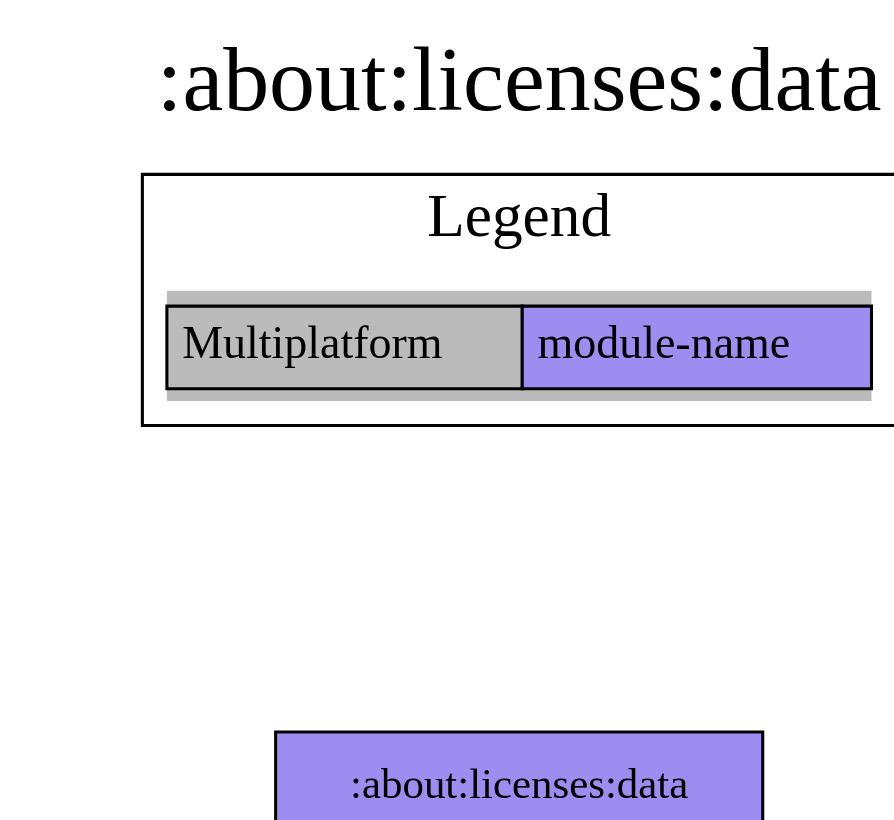
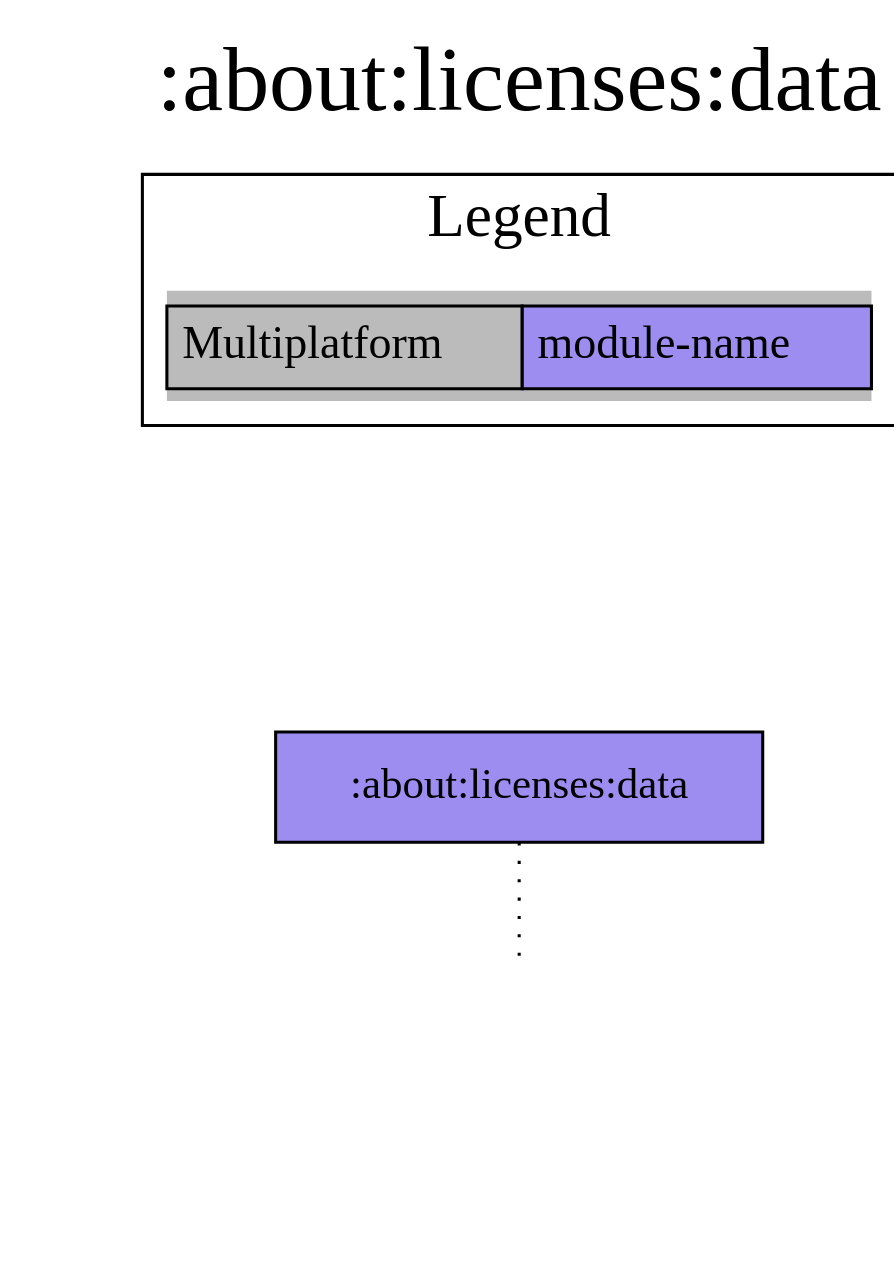
One commit to jonapoul/aktual changed the diagram in modules/about/licenses/data/project-dependency-graph.dot. Above: the diagram before and after it, drawn with Graphviz. The commit also changed 33 other files, not shown here.

```diff
--- a/modules/about/licenses/data/project-dependency-graph.dot
+++ b/modules/about/licenses/data/project-dependency-graph.dot
@@ -1,19 +1,21 @@
 digraph {
 edge ["dir"="forward"]
 graph ["dpi"="100","label"=":about:licenses:data","labelloc"="t","fontsize"="30","ranksep"="1.5","rankdir"="TB"]
 node ["style"="filled"]
 ":about:licenses:data" ["fillcolor"="#9D8DF1","shape"="box"]
+":core:files" ["fillcolor"="#9D8DF1","shape"="box"]
 {
 edge ["dir"="none"]
 graph ["rank"="same"]
 }
+":about:licenses:data" -> ":core:files" ["style"="dotted"]
 subgraph "cluster_legend" {
 edge ["dir"="none"]
 graph ["label"="Legend","fontsize"="20"]
 "Legend" ["style"="filled","fillcolor"="#bbbbbb","shape"="none","margin"="0","fontsize"="15","label"=<
 <TABLE BORDER="0" CELLBORDER="1" CELLSPACING="0" CELLPADDING="4">
 <TR><TD>Multiplatform</TD><TD BGCOLOR="#9D8DF1">module-name</TD></TR>
 </TABLE>
 >]
 } -> ":about:licenses:data" ["style"="invis"]
 }
```
